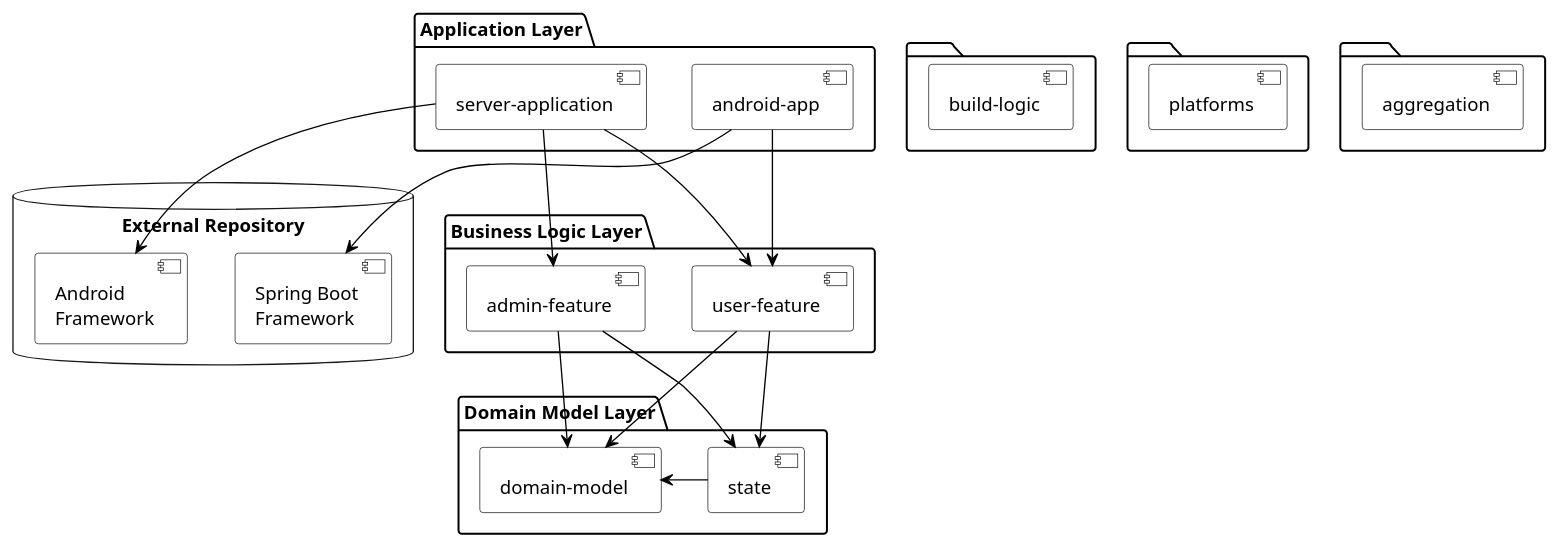
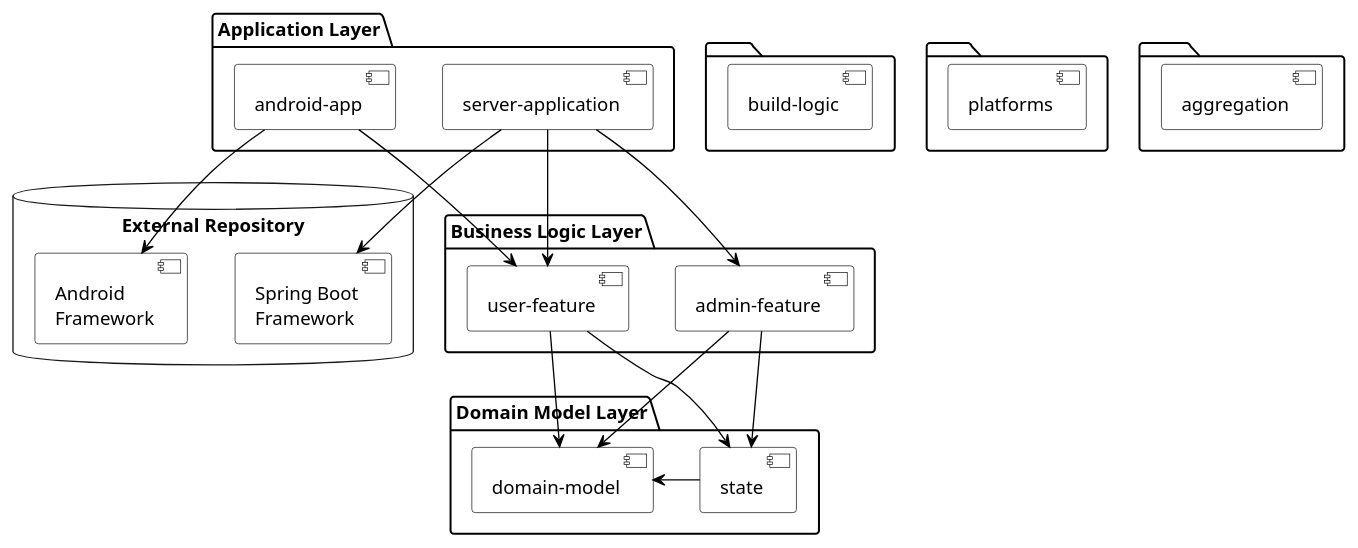
One commit to gradle/gradle changed the diagram in subprojects/docs/src/docs/userguide/img/software_architecture.puml. Above: the diagram before and after it, drawn with PlantUML. The commit also changed 1 other file, not shown here.

Commit message:
Fix wrong dependencies in architecture diagram

```diff
--- a/subprojects/docs/src/docs/userguide/img/software_architecture.puml
+++ b/subprojects/docs/src/docs/userguide/img/software_architecture.puml
@@ -1,52 +1,52 @@
 @startuml
 
 skinparam monochrome true
 skinparam component {
     BackgroundColor white
     BorderColor Black
 	ArrowColor Black
 }
 
 database "External Repository" {
   [Spring Boot\nFramework] as SpringBoot
   [Android\nFramework] as Android
 }
 
 package "Application Layer" {
   [server-application]
   [android-app]
 }
 
 package "Business Logic Layer" {
   [user-feature]
   [admin-feature]
 }
 
 package "Domain Model Layer" {
   [domain-model] <-right- [state]
 }
 
 [server-application] -down-> [user-feature]
 [server-application] -down-> [admin-feature]
 [android-app] -down-> [user-feature]
 
 [user-feature] -down-> [domain-model]
 [user-feature] -down-> [state]
 
 [admin-feature] -down-> [domain-model]
 [admin-feature] -down-> [state]
 
-[android-app] -down-> [SpringBoot]
-[server-application] -down-> [Android]
+[server-application] -down-> [SpringBoot]
+[android-app] -down-> [Android]
 
 folder {
    [build-logic]
 }
 folder {
    [platforms]
 }
 folder {
     [aggregation]
 }
 
 @enduml
```
